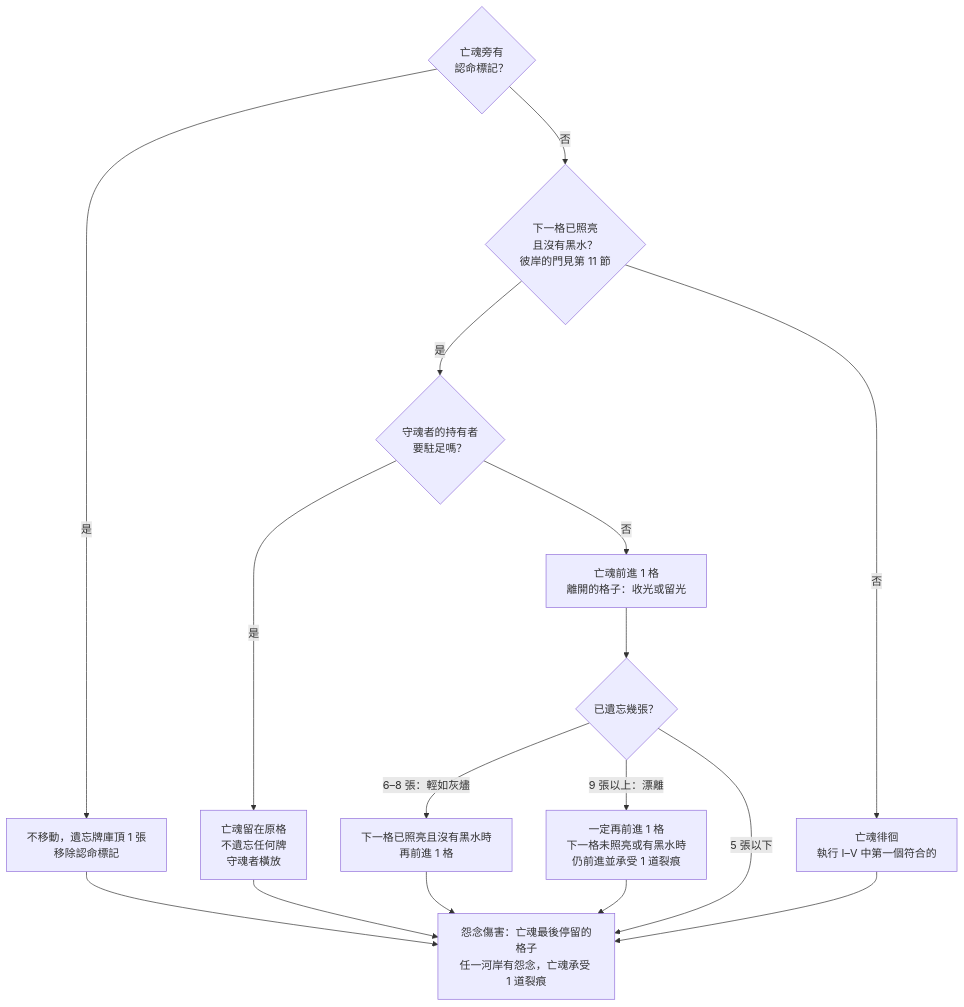
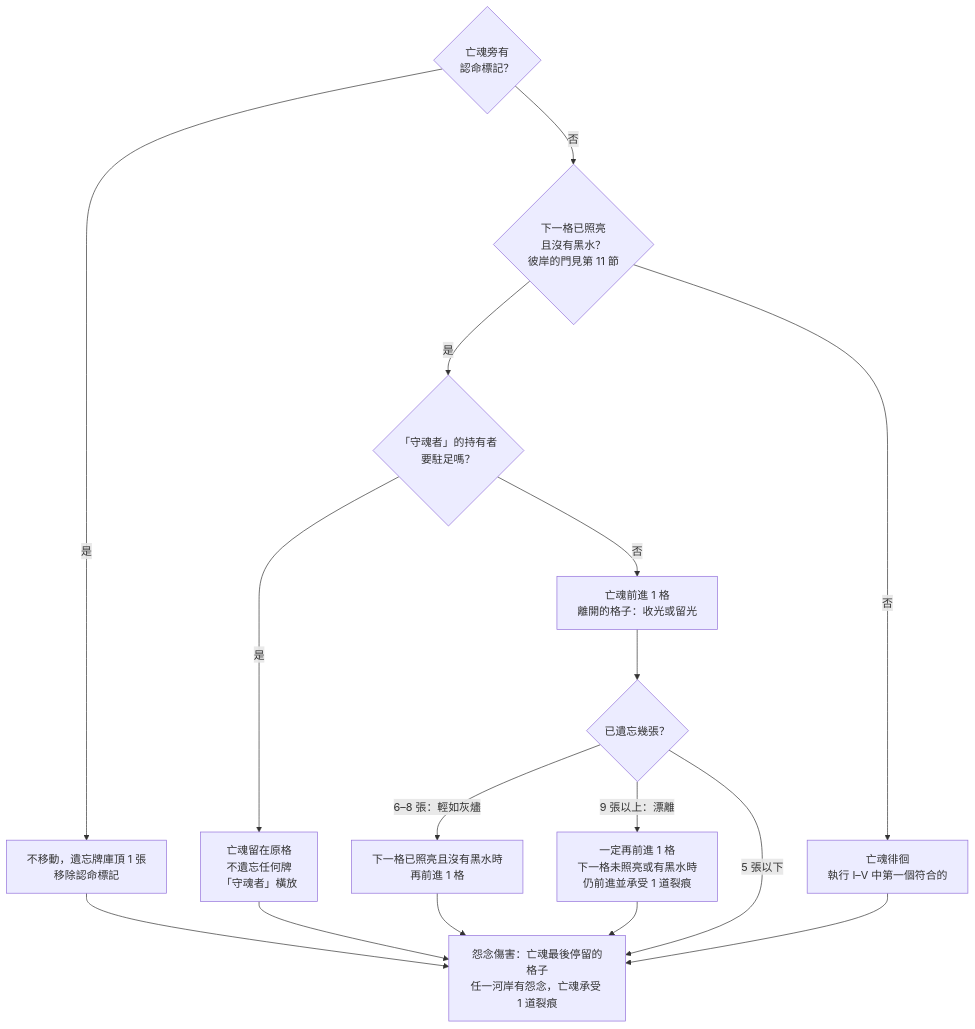
One commit to Ralph-Liu-Hub/Boardgame-Netherbloom changed the diagram in docs/rules/zh-TW/V5/Rulebook.md. Above: the diagram before and after it, drawn with Mermaid. The commit also changed other lines of this file and 10 other files, not shown here.

````diff
--- a/docs/rules/zh-TW/V5/Rulebook.md
+++ b/docs/rules/zh-TW/V5/Rulebook.md
@@ -350,13 +361,13 @@
 ```mermaid
 flowchart TD
     A{亡魂旁有<br>認命標記？} -- 是 --> A1[不移動，遺忘牌庫頂 1 張<br>移除認命標記] --> E
     A -- 否 --> B{下一格已照亮<br>且沒有黑水？<br>彼岸的門見第 11 節}
-    B -- 是 --> W{守魂者的持有者<br>要駐足嗎？}
-    W -- 是 --> W1[亡魂留在原格<br>不遺忘任何牌<br>守魂者橫放] --> E
+    B -- 是 --> W{「守魂者」的持有者<br>要駐足嗎？}
+    W -- 是 --> W1[亡魂留在原格<br>不遺忘任何牌<br>「守魂者」橫放] --> E
     W -- 否 --> B1[亡魂前進 1 格<br>離開的格子：收光或留光] --> C
     B -- 否 --> D[亡魂徘徊<br>執行 I–V 中第一個符合的] --> E
     C{已遺忘幾張？} -- 6–8 張：輕如灰燼 --> C1[下一格已照亮且沒有黑水時<br>再前進 1 格] --> E
     C -- 9 張以上：漂離 --> C2[一定再前進 1 格<br>下一格未照亮或有黑水時<br>仍前進並承受 1 道裂痕] --> E
     C -- 5 張以下 --> E
     E[怨念傷害：亡魂最後停留的格子<br>任一河岸有怨念，亡魂承受 1 道裂痕]
 ```
````
